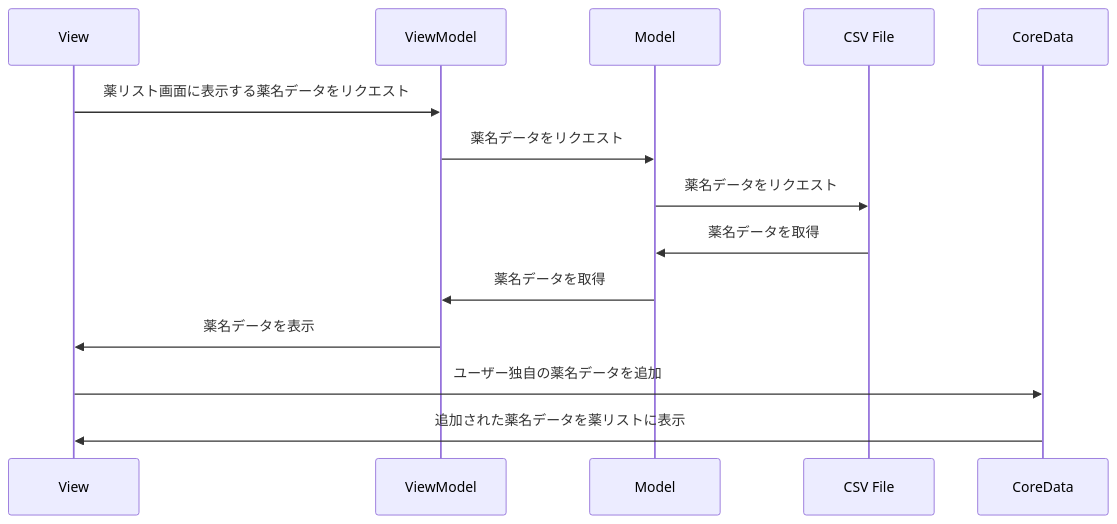
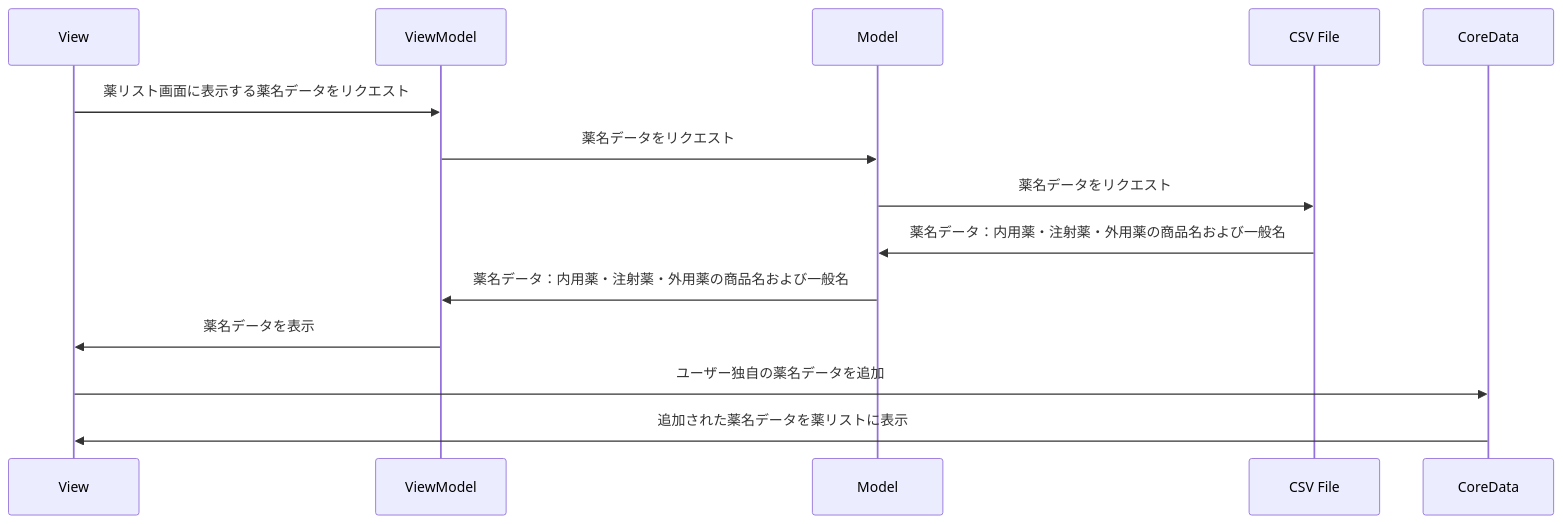
One commit to tas5521/MedicineNameQuiz changed the third of 4 diagrams in README.md. Above: the diagram before and after it, drawn with Mermaid. The commit also changed other lines of this file, not shown here.

Commit message:
#137 シーケンス図を改善

````diff
--- a/README.md
+++ b/README.md
@@ -179,16 +179,16 @@
 ```mermaid
 sequenceDiagram
     participant View
     participant ViewModel
     participant Model
     participant CSV File
     participant CoreData
     View->>ViewModel: 薬リスト画面に表示する薬名データをリクエスト
     ViewModel->>Model: 薬名データをリクエスト
     Model->>CSV File: 薬名データをリクエスト
-    CSV File->>Model: 薬名データを取得
-    Model->>ViewModel: 薬名データを取得
+    CSV File->>Model: 薬名データ：内用薬・注射薬・外用薬の商品名および一般名
+    Model->>ViewModel: 薬名データ：内用薬・注射薬・外用薬の商品名および一般名
     ViewModel->>View: 薬名データを表示
     View->>CoreData: ユーザー独自の薬名データを追加
     CoreData->>View: 追加された薬名データを薬リストに表示
 ```
````
